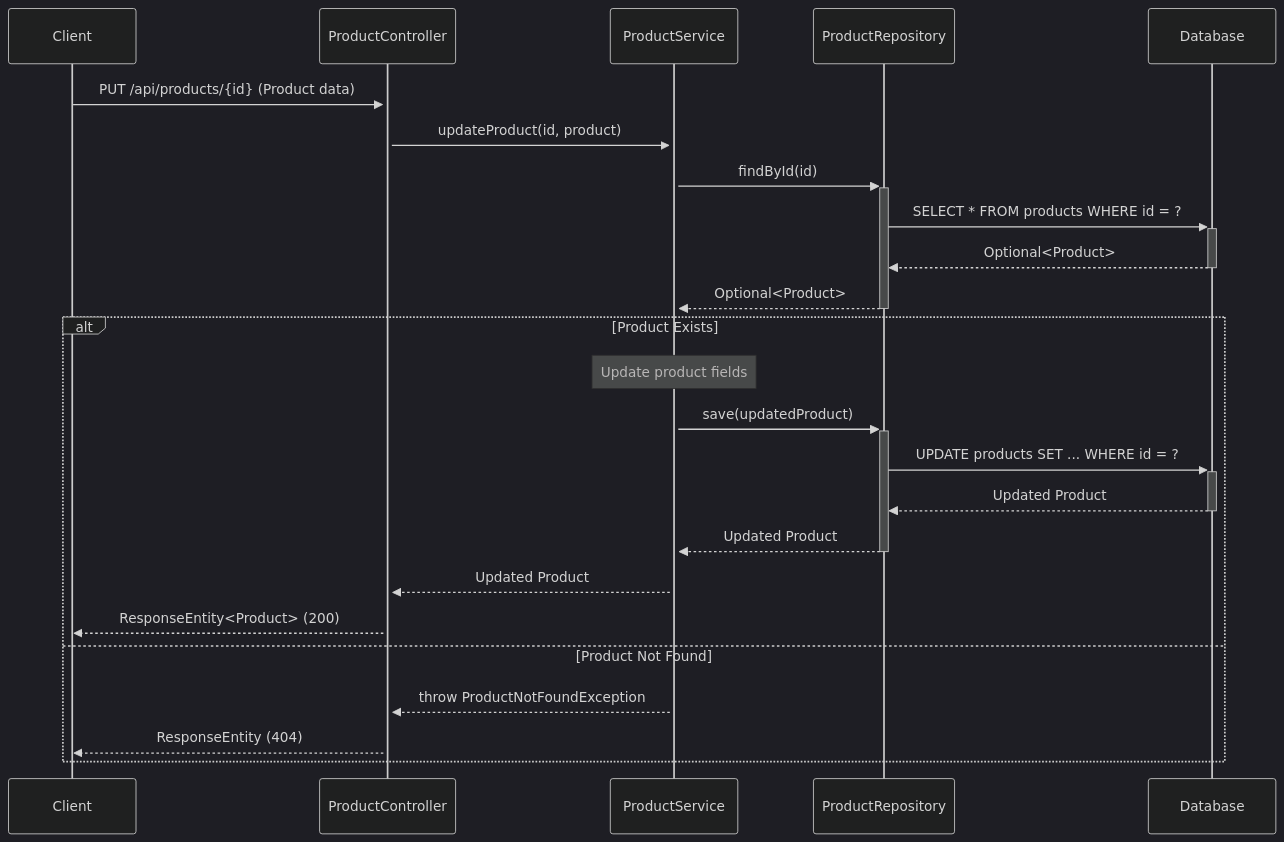
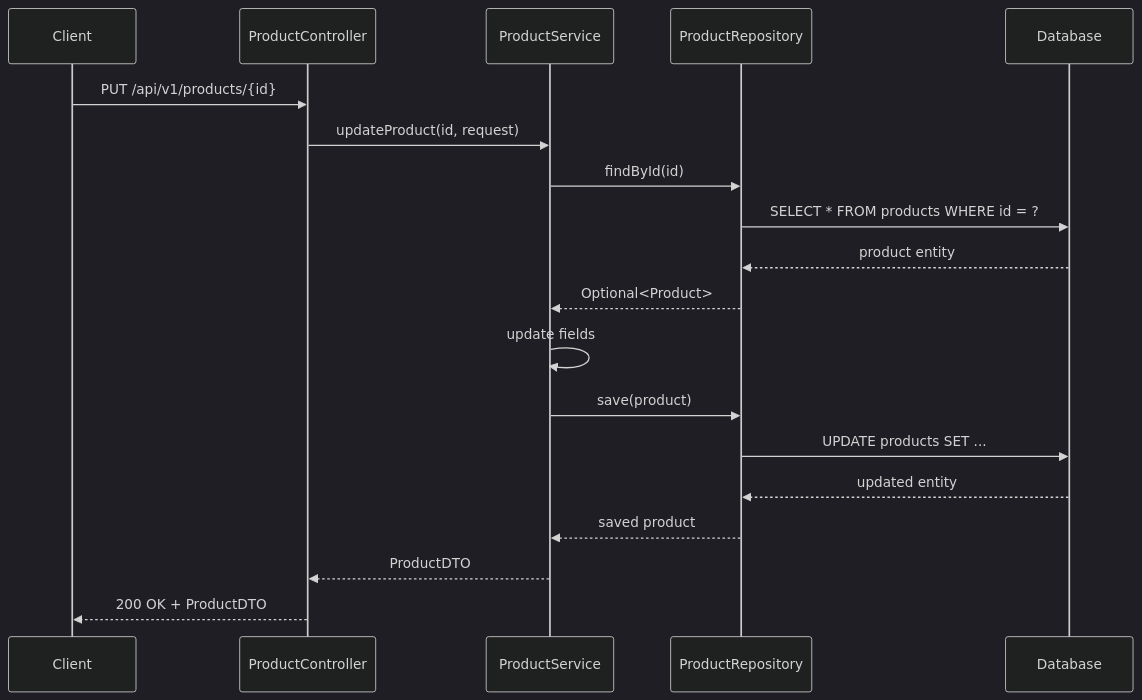
The third of 8 diagrams in docs/LLD/lld.md (NavneetBN47/aava-ecom-demo), drawn with Mermaid (dark theme) before and after one commit. The commit also changed other lines of this file, not shown here.

````diff
--- a/docs/LLD/lld.md
+++ b/docs/LLD/lld.md
@@ -171,29 +1471,22 @@
 ```mermaid
 sequenceDiagram
     participant Client
     participant ProductController
     participant ProductService
     participant ProductRepository
     participant Database
-    
-    Client->>+ProductController: PUT /api/products/{id} (Product data)
-    ProductController->>+ProductService: updateProduct(id, product)
-    
-    ProductService->>+ProductRepository: findById(id)
-    ProductRepository->>+Database: SELECT * FROM products WHERE id = ?
-    Database-->>-ProductRepository: Optional<Product>
-    ProductRepository-->>-ProductService: Optional<Product>
-    
-    alt Product Exists
-        Note over ProductService: Update product fields
-        ProductService->>+ProductRepository: save(updatedProduct)
-        ProductRepository->>+Database: UPDATE products SET ... WHERE id = ?
-        Database-->>-ProductRepository: Updated Product
-        ProductRepository-->>-ProductService: Updated Product
-        ProductService-->>ProductController: Updated Product
-        ProductController-->>Client: ResponseEntity<Product> (200)
-    else Product Not Found
-        ProductService-->>ProductController: throw ProductNotFoundException
-        ProductController-->>Client: ResponseEntity (404)
-    end
+
+    Client->>ProductController: PUT /api/v1/products/{id}
+    ProductController->>ProductService: updateProduct(id, request)
+    ProductService->>ProductRepository: findById(id)
+    ProductRepository->>Database: SELECT * FROM products WHERE id = ?
+    Database-->>ProductRepository: product entity
+    ProductRepository-->>ProductService: Optional<Product>
+    ProductService->>ProductService: update fields
+    ProductService->>ProductRepository: save(product)
+    ProductRepository->>Database: UPDATE products SET ...
+    Database-->>ProductRepository: updated entity
+    ProductRepository-->>ProductService: saved product
+    ProductService-->>ProductController: ProductDTO
+    ProductController-->>Client: 200 OK + ProductDTO
 ```
````
